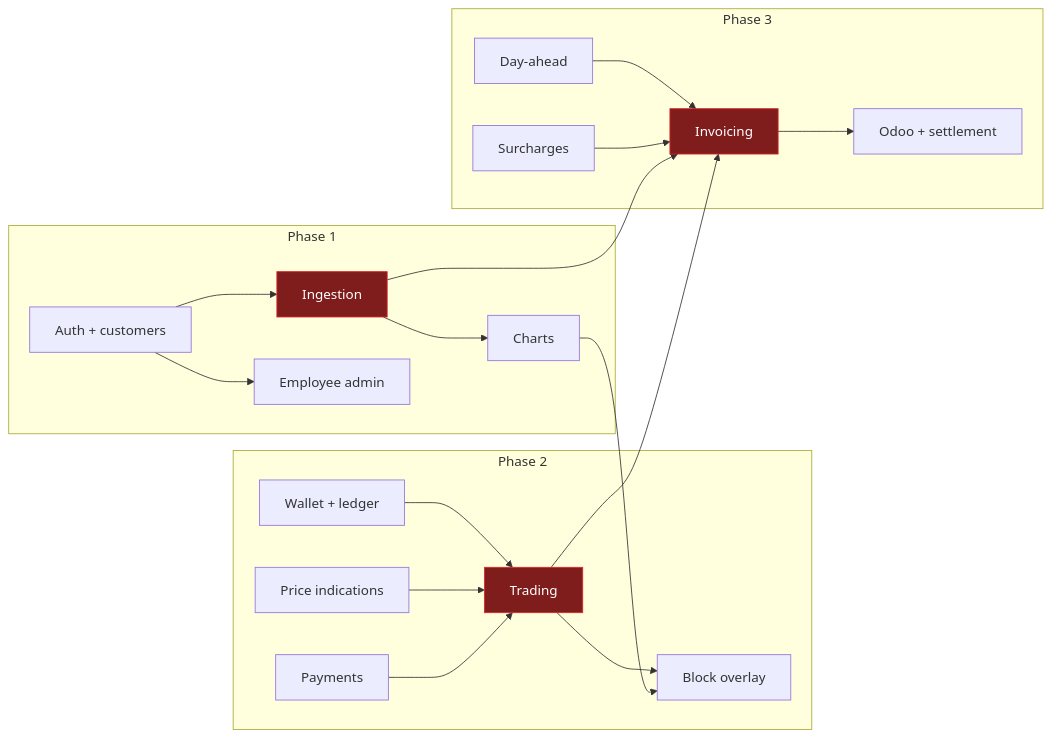
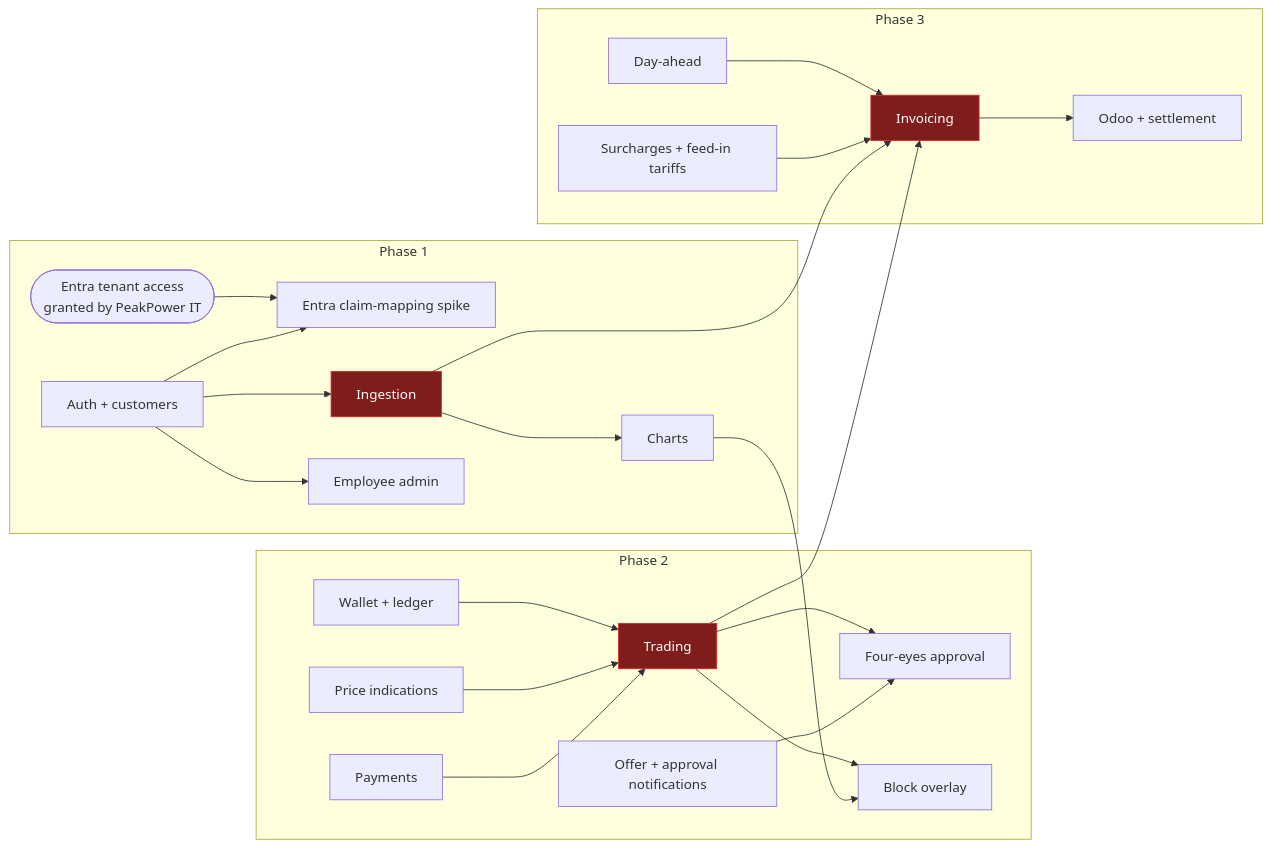
Before and after one commit to lukastosic-ifd/peakpowerspecs: the second of 2 diagrams in specs/70-delivery/01-roadmap-and-phasing.md, drawn with Mermaid. The commit also changed other lines of this file and 43 other files, not shown here.

````diff
--- a/specs/70-delivery/01-roadmap-and-phasing.md
+++ b/specs/70-delivery/01-roadmap-and-phasing.md
@@ -157,25 +341,29 @@
 ```mermaid
 flowchart LR
     subgraph p1["Phase 1"]
+        A0(["Entra tenant access<br/>granted by PeakPower IT"]) --> A5
         A1["Auth + customers"] --> A2["Ingestion"]
         A2 --> A3["Charts"]
         A1 --> A4["Employee admin"]
+        A1 --> A5["Entra claim-mapping spike"]
     end
     subgraph p2["Phase 2"]
         B1["Wallet + ledger"] --> B2["Trading"]
         B3["Price indications"] --> B2
         B4["Payments"] --> B2
+        B2 --> B6["Four-eyes approval"]
+        B7["Offer + approval notifications"] --> B6
         B2 --> B5["Block overlay"]
     end
     subgraph p3["Phase 3"]
         C1["Day-ahead"] --> C3["Invoicing"]
-        C2["Surcharges"] --> C3
+        C2["Surcharges + feed-in tariffs"] --> C3
         C3 --> C4["Odoo + settlement"]
     end
     A3 --> B5
     A2 --> C3
     B2 --> C3
 
     classDef crit fill:#7f1d1d,stroke:#dc2626,color:#fff
     class A2,B2,C3 crit
 ```
````
